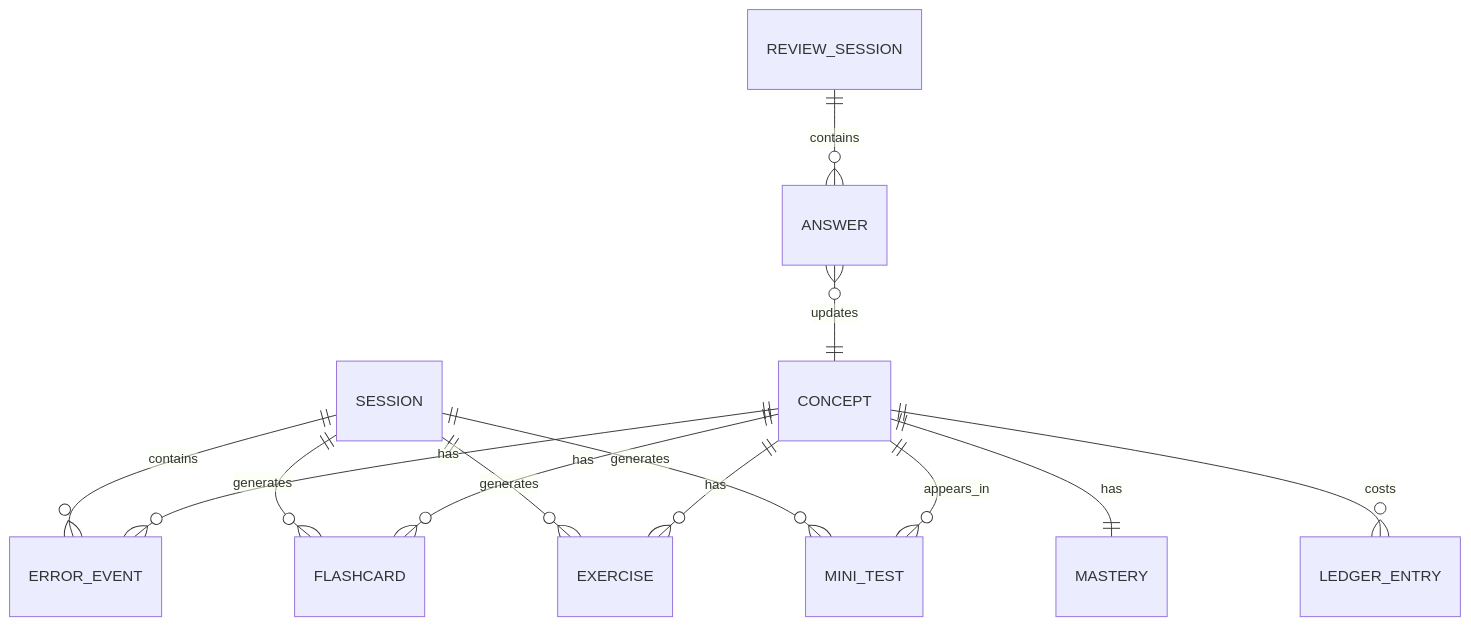
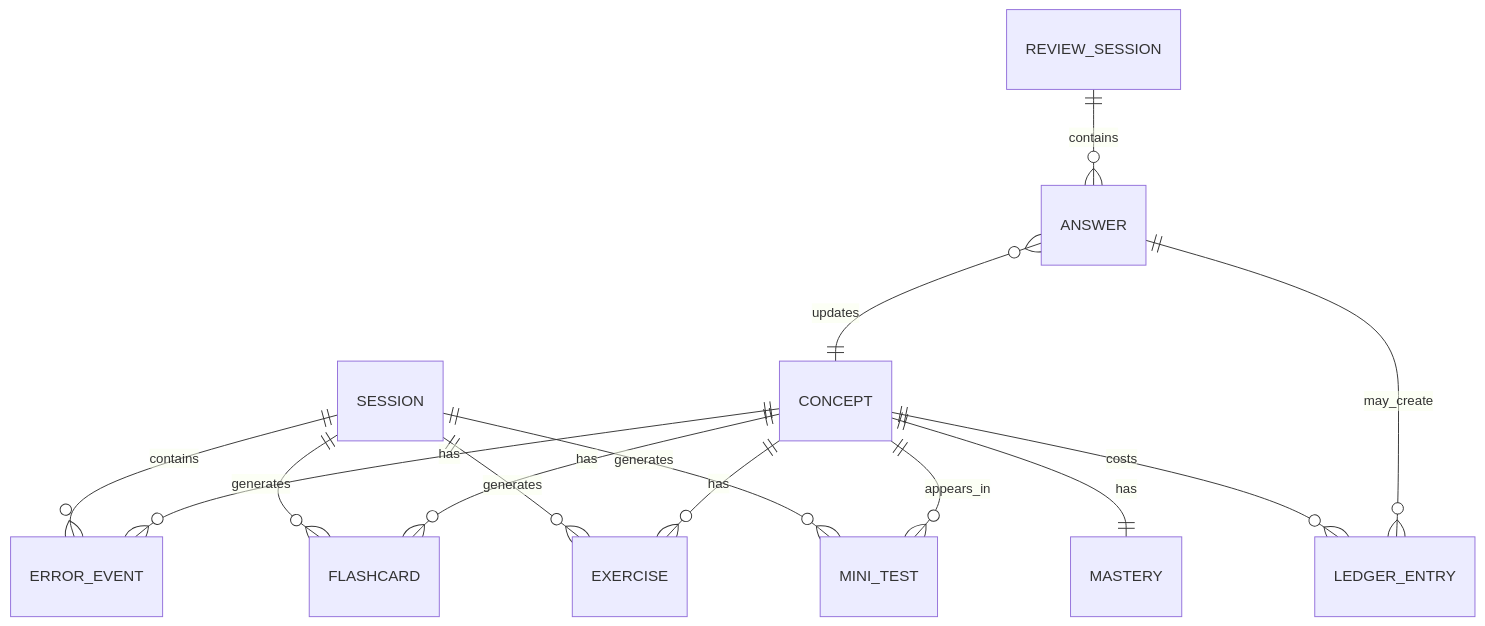
One commit to JuanRoBe3/zhongwenlock changed the diagram in docs/DATA_MODEL.md. Above: the diagram before and after it, drawn with Mermaid. The commit also changed other lines of this file and 4 other files, not shown here.

````diff
--- a/docs/DATA_MODEL.md
+++ b/docs/DATA_MODEL.md
@@ -229,17 +240,18 @@
 ```mermaid
 erDiagram
     SESSION ||--o{ ERROR_EVENT : contains
     SESSION ||--o{ FLASHCARD : generates
     SESSION ||--o{ EXERCISE : generates
     SESSION ||--o{ MINI_TEST : generates
 
     CONCEPT ||--o{ ERROR_EVENT : has
     CONCEPT ||--o{ FLASHCARD : has
     CONCEPT ||--o{ EXERCISE : has
     CONCEPT ||--o{ MINI_TEST : appears_in
     CONCEPT ||--|| MASTERY : has
     CONCEPT ||--o{ LEDGER_ENTRY : costs
 
     REVIEW_SESSION ||--o{ ANSWER : contains
     ANSWER }o--|| CONCEPT : updates
+    ANSWER ||--o{ LEDGER_ENTRY : may_create
 ```
````
